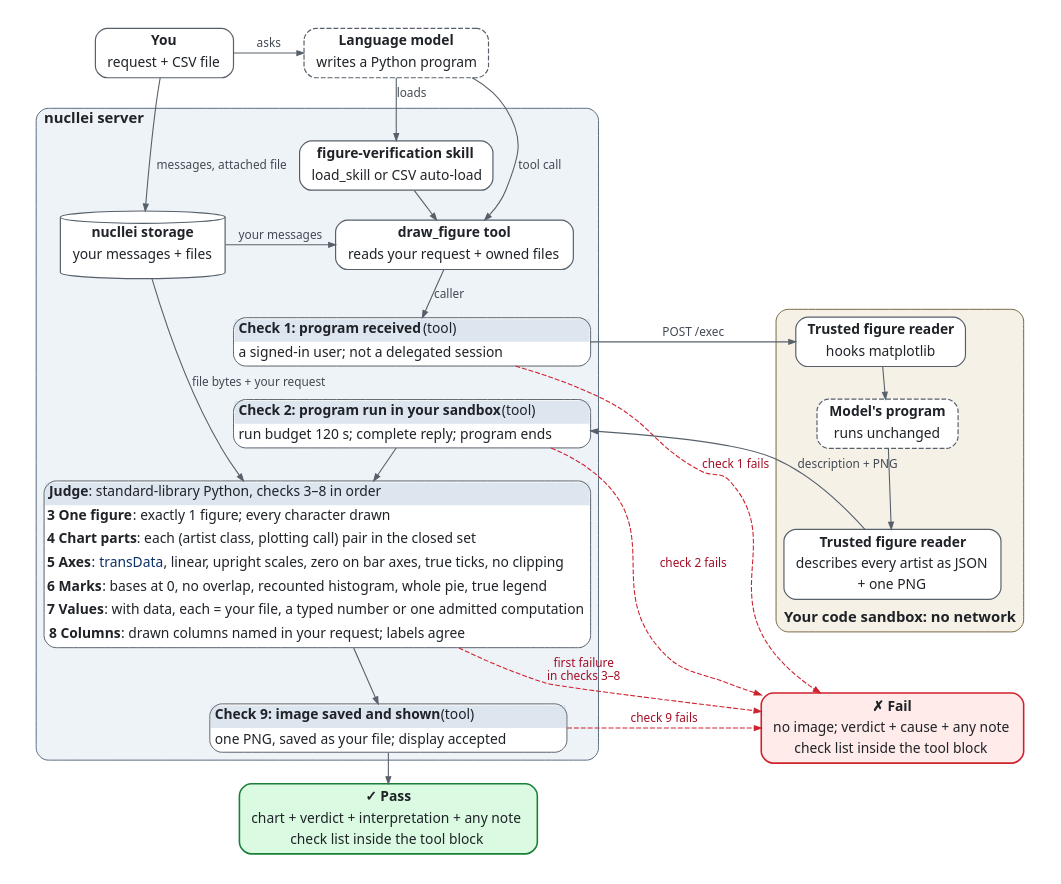
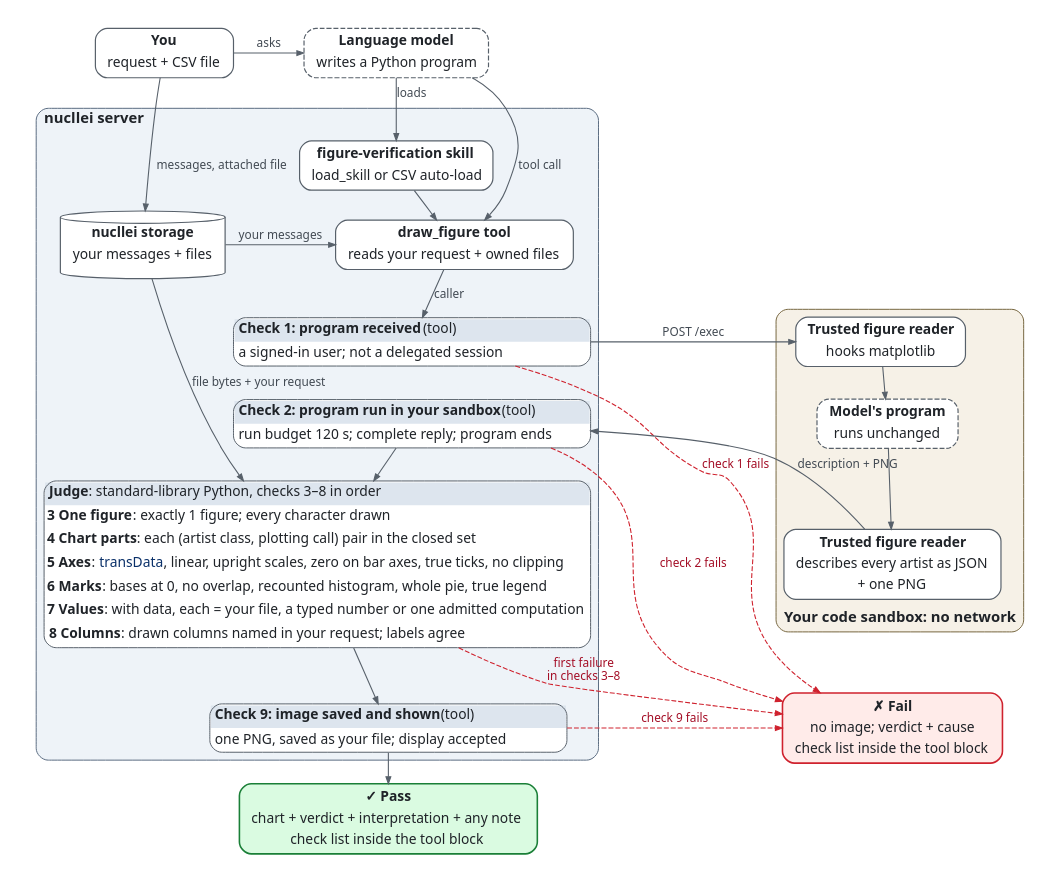
One commit to eturkes/figure-verification changed the diagram in docs/diagrams/verifier-nucllei.dot. Above: the diagram before and after it, drawn with Graphviz. The commit also changed 63 other files, not shown here.

```diff
--- a/docs/diagrams/verifier-nucllei.dot
+++ b/docs/diagrams/verifier-nucllei.dot
@@ -1,78 +1,78 @@
 // SPDX-License-Identifier: Apache-2.0 WITH LLVM-exception
 // How the figure verifier decides: the pipeline, one summary card per check. Rendered to
 // verifier-nucllei.svg by tools/render_diagrams.py; every rule = the tables of docs/nucllei/checks.md.
 digraph verifier_nucllei {
   graph [fontname="Noto Sans", fontsize=15, fontcolor="#1f2328", bgcolor="white",
          pad=0.3, nodesep=0.35, ranksep=0.28, newrank=true, compound=true];
   node [fontname="Noto Sans", fontsize=14, fontcolor="#1f2328", shape=box,
         style="rounded,filled", fillcolor="white", color="#57606a", penwidth=1.2,
         margin="0.15,0.06"];
   edge [fontname="Noto Sans", fontsize=12, fontcolor="#424a53", color="#57606a",
         arrowsize=0.7, penwidth=1.1];
 
   you [label=<<table border="0" cellborder="0" cellspacing="0" cellpadding="1"><tr><td height="21"><b>You</b></td></tr><tr><td height="21">request + CSV file</td></tr></table>>];
   model [label=<<table border="0" cellborder="0" cellspacing="0" cellpadding="1"><tr><td height="21"><b>Language model</b></td></tr><tr><td height="21">writes a Python program</td></tr></table>>, style="rounded,dashed"];
 
   subgraph cluster_server {
     label=<<b>nucllei server</b>>; labeljust=l; style="rounded,filled";
     fillcolor="#eef3f8"; color="#5a6b80";
     storage [label=<<table border="0" cellborder="0" cellspacing="0" cellpadding="1"><tr><td height="21"><b>nucllei storage</b></td></tr><tr><td height="21">your messages + files</td></tr></table>>, shape=cylinder, style=filled];
     skill [label=<<table border="0" cellborder="0" cellspacing="0" cellpadding="1"><tr><td height="21"><b>figure-verification skill</b></td></tr><tr><td height="21">load_skill or CSV auto-load</td></tr></table>>];
     tool [label=<<table border="0" cellborder="0" cellspacing="0" cellpadding="1"><tr><td height="21"><b>draw_figure tool</b></td></tr><tr><td height="21">reads your request + owned files</td></tr></table>>];
     c1 [shape=plain, label=<<table border="1" cellborder="0" cellspacing="0" cellpadding="2" style="rounded" color="#57606a" bgcolor="white">
         <tr><td align="left" bgcolor="#dde5ee" cellpadding="4"><b>Check 1: program received</b> (tool)</td></tr>
         <tr><td align="left" width="360" height="24" cellpadding="4">a signed-in user; not a delegated session</td></tr></table>>];
     c2 [shape=plain, label=<<table border="1" cellborder="0" cellspacing="0" cellpadding="2" style="rounded" color="#57606a" bgcolor="white">
         <tr><td align="left" bgcolor="#dde5ee" cellpadding="4"><b>Check 2: program run in your sandbox</b> (tool)</td></tr>
         <tr><td align="left" width="360" height="24" cellpadding="4">run budget 120 s; complete reply; program ends</td></tr></table>>];
 
     judge [shape=plain, label=<<table border="1" cellborder="0" cellspacing="0" cellpadding="2" style="rounded" color="#57606a" bgcolor="white">
         <tr><td align="left" bgcolor="#dde5ee" cellpadding="4"><b>Judge</b>: standard-library Python, checks 3–8 in order</td></tr>
         <tr><td align="left" height="24"><b>3 One figure</b>: exactly 1 figure; every character drawn</td></tr>
         <tr><td align="left" height="24"><b>4 Chart parts</b>: each (artist class, plotting call) pair in the closed set</td></tr>
         <tr><td align="left" height="24"><b>5 Axes</b>: <font color="#0a3069">transData</font>, linear, upright scales, zero on bar axes, true ticks, no clipping</td></tr>
         <tr><td align="left" height="24"><b>6 Marks</b>: bases at 0, no overlap, recounted histogram, whole pie, true legend</td></tr>
         <tr><td align="left" height="24"><b>7 Values</b>: with data, each = your file, a typed number or one admitted computation</td></tr>
         <tr><td align="left" height="24" cellpadding="4"><b>8 Columns</b>: drawn columns named in your request; labels agree</td></tr></table>>];
 
     c9 [shape=plain, label=<<table border="1" cellborder="0" cellspacing="0" cellpadding="2" style="rounded" color="#57606a" bgcolor="white">
         <tr><td align="left" bgcolor="#dde5ee" cellpadding="4"><b>Check 9: image saved and shown</b> (tool)</td></tr>
         <tr><td align="left" width="360" height="24" cellpadding="4">one PNG, saved as your file; display accepted</td></tr></table>>];
   }
 
   subgraph cluster_sandbox {
     label=<<b>Your code sandbox: no network</b>>; labeljust=l; labelloc=b; style="rounded,filled";
     fillcolor="#f6f1e7"; color="#76663f";
     hook [label=<<table border="0" cellborder="0" cellspacing="0" cellpadding="1"><tr><td height="21"><b>Trusted figure reader</b></td></tr><tr><td height="21">hooks matplotlib</td></tr></table>>];
     program [label=<<table border="0" cellborder="0" cellspacing="0" cellpadding="1"><tr><td height="21"><b>Model's program</b></td></tr><tr><td height="21">runs unchanged</td></tr></table>>, style="rounded,dashed,filled"];
     describe [label=<<table border="0" cellborder="0" cellspacing="0" cellpadding="1"><tr><td height="21"><b>Trusted figure reader</b></td></tr><tr><td height="21">describes every artist as JSON</td></tr><tr><td height="21">+ one PNG</td></tr></table>>];
   }
 
   pass [label=<<table border="0" cellborder="0" cellspacing="0" cellpadding="1"><tr><td height="21"><b>✓ Pass</b></td></tr><tr><td height="21">chart + verdict + interpretation + any note</td></tr><tr><td height="21">check list inside the tool block</td></tr></table>>, color="#1a7f37", fillcolor="#dafbe1", penwidth=1.6];
-  fail [label=<<table border="0" cellborder="0" cellspacing="0" cellpadding="1"><tr><td height="21"><b>✗ Fail</b></td></tr><tr><td height="21">no image; verdict + cause + any note</td></tr><tr><td height="21">check list inside the tool block</td></tr></table>>, color="#cf222e", fillcolor="#ffebe9", penwidth=1.6];
+  fail [label=<<table border="0" cellborder="0" cellspacing="0" cellpadding="1"><tr><td height="21"><b>✗ Fail</b></td></tr><tr><td height="21">no image; verdict + cause</td></tr><tr><td height="21">check list inside the tool block</td></tr></table>>, color="#cf222e", fillcolor="#ffebe9", penwidth=1.6];
 
   { rank=same; you; model; }
   { rank=same; storage; tool; }
   { rank=same; c1; hook; }
   { rank=same; c9; fail; }
 
   you -> model [label="asks"];
   you -> storage [label="messages, attached file"];
   model -> skill [label="loads"];
   skill -> tool;
   model -> tool [label="tool call"];
   storage -> tool [label="your messages"];
   tool -> c1 [label="caller"];
   c1 -> hook [label="POST /exec"];
   hook -> program -> describe;
   describe -> c2 [label="description + PNG", constraint=false];
   c1 -> c2 [style=invis];
   describe -> fail [style=invis, weight=8];
   c2 -> judge -> c9 -> pass;
   storage -> judge [label="file bytes + your request"];
   edge [color="#cf222e", fontcolor="#a40e26", style=dashed];
   c1 -> fail [label="check 1 fails"];
   c2 -> fail [label="check 2 fails"];
   judge -> fail [label="first failure\nin checks 3–8"];
   c9 -> fail [label="check 9 fails"];
 }
```
